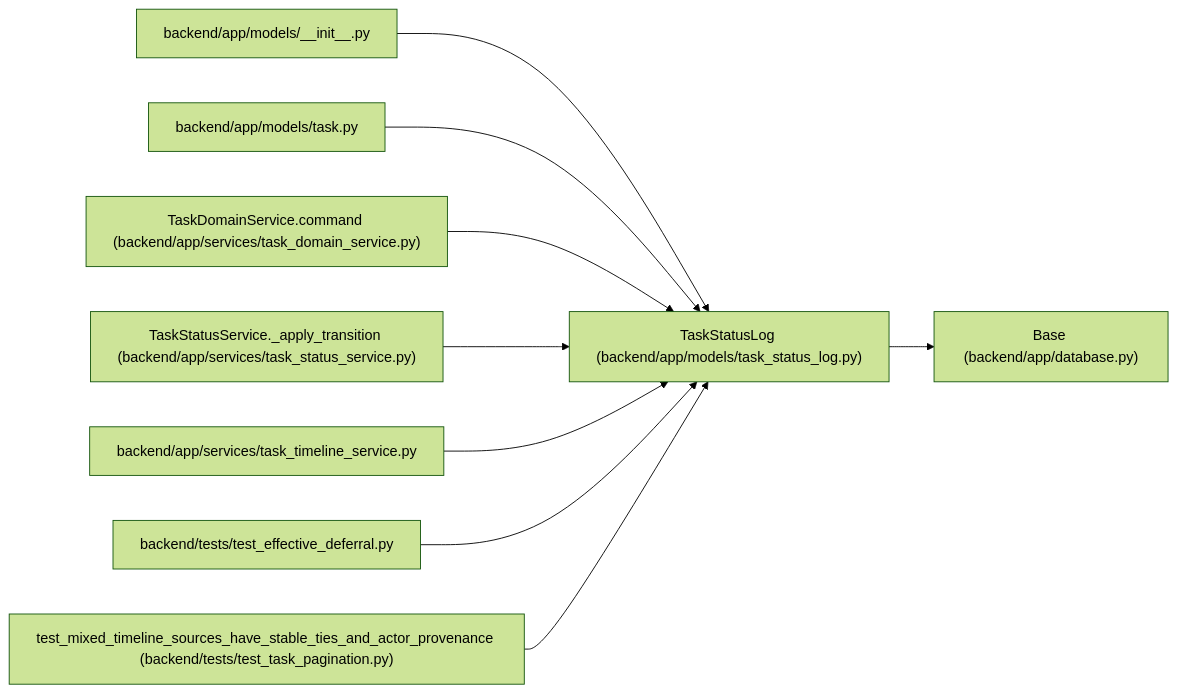
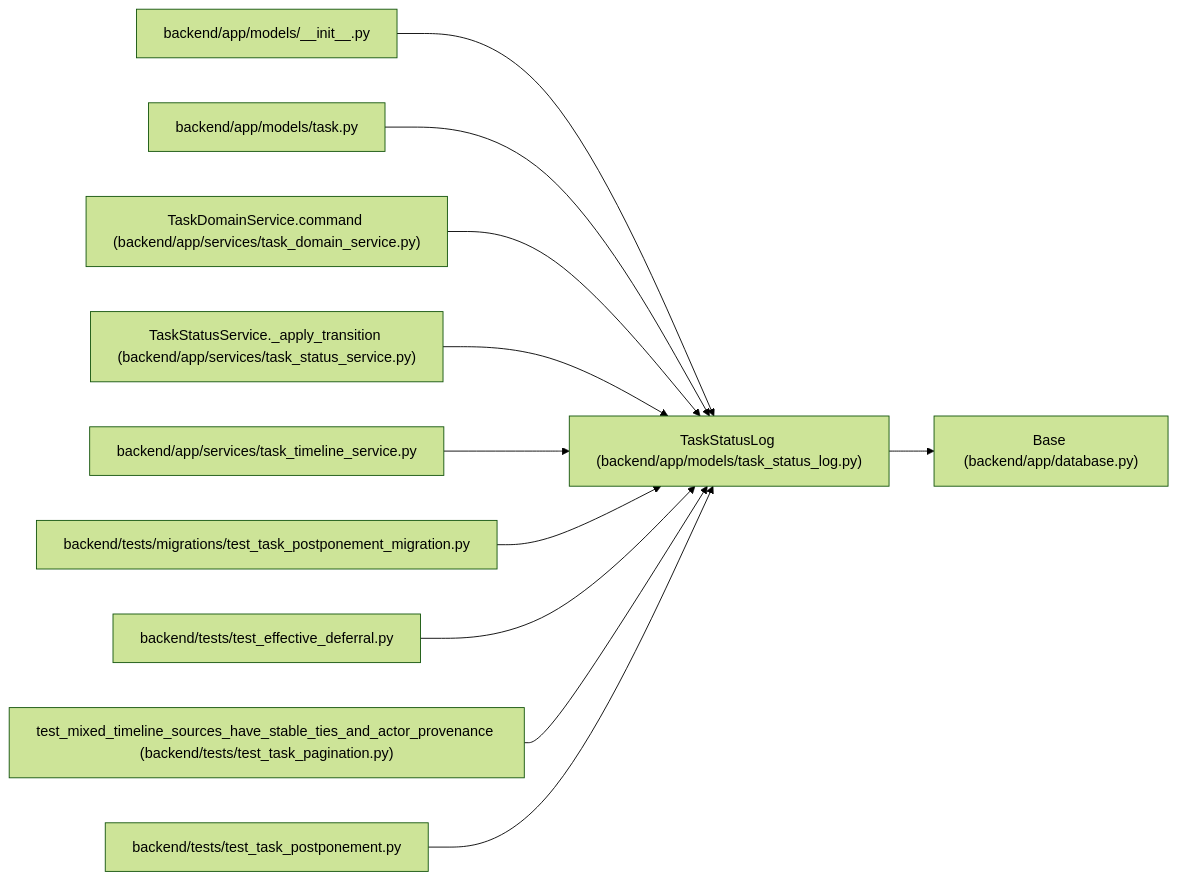
One commit to Denissvgn/WorkChord changed the diagram in docs/llm_wiki/entities/task_status_log_TaskStatusLog.md. Above: the diagram before and after it, drawn with Mermaid (forest theme). The commit also changed other lines of this file and 732 other files, not shown here.

Commit message:
Sync the architectural wiki for the postponed task status

````diff
--- a/docs/llm_wiki/entities/task_status_log_TaskStatusLog.md
+++ b/docs/llm_wiki/entities/task_status_log_TaskStatusLog.md
@@ -35,29 +35,35 @@
 ```mermaid
 flowchart LR
     n0["TaskStatusLog (backend/app/models/task_status_log.py)"]
     n1["Base (backend/app/database.py)"]
     n2["backend/app/models/__init__.py"]
     n3["backend/app/models/task.py"]
     n4["TaskDomainService.command (backend/app/services/task_domain_service.py)"]
     n5["TaskStatusService._apply_transition (backend/app/services/task_status_service.py)"]
     n6["backend/app/services/task_timeline_service.py"]
-    n7["backend/tests/test_effective_deferral.py"]
-    n8["test_mixed_timeline_sources_have_stable_ties_and_actor_provenance (backend/tests/test_task_pagination.py)"]
+    n7["backend/tests/migrations/test_task_postponement_migration.py"]
+    n8["backend/tests/test_effective_deferral.py"]
+    n9["test_mixed_timeline_sources_have_stable_ties_and_actor_provenance (backend/tests/test_task_pagination.py)"]
+    n10["backend/tests/test_task_postponement.py"]
     n0 --> n1
     n2 --> n0
     n3 --> n0
     n4 --> n0
     n5 --> n0
     n6 --> n0
     n7 --> n0
     n8 --> n0
+    n9 --> n0
+    n10 --> n0
     click n0 "../modules/task_status_log.md"
     click n1 "../modules/app_database.md"
     click n2 "../modules/models___init__.md"
     click n3 "../modules/models_task.md"
     click n4 "../modules/task_domain_service.md"
     click n5 "../modules/task_status_service.md"
     click n6 "../modules/task_timeline_service.md"
-    click n7 "../modules/test_effective_deferral.md"
-    click n8 "../modules/test_task_pagination.md"
+    click n7 "../modules/test_task_postponement_migration.md"
+    click n8 "../modules/test_effective_deferral.md"
+    click n9 "../modules/test_task_pagination.md"
+    click n10 "../modules/test_task_postponement.md"
 ```
````
